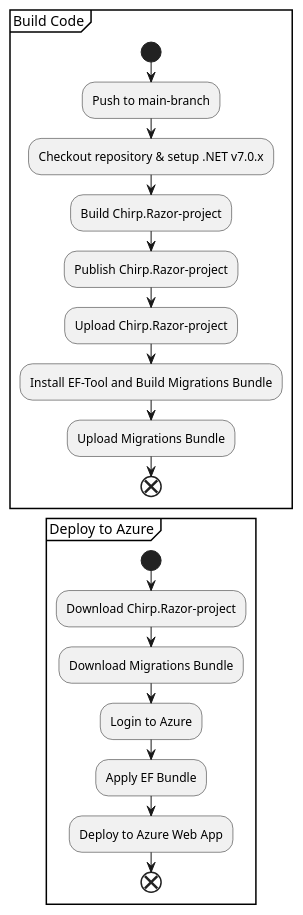
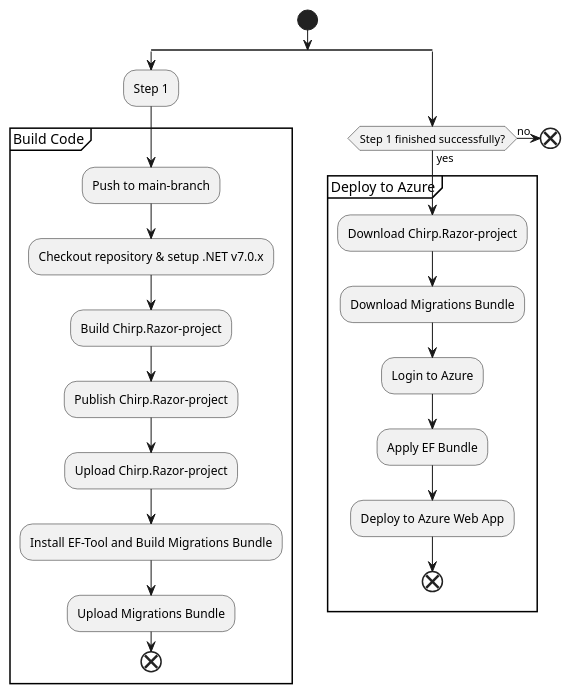
The diagram in docs/figures/autodeploy.puml (ITU-BDSA23-GROUP15/Chirp), drawn with PlantUML before and after one commit. The commit also changed 11 other files, not shown here.

```diff
--- a/docs/figures/autodeploy.puml
+++ b/docs/figures/autodeploy.puml
@@ -1,23 +1,36 @@
 @startuml Autodeploy
+
+start
+split
+:Step 1;
 partition "Build Code" {
-start
+
 :Push to main-branch;
 :Checkout repository & setup .NET v7.0.x;
 :Build Chirp.Razor-project;
 :Publish Chirp.Razor-project;
 :Upload Chirp.Razor-project;
 :Install EF-Tool and Build Migrations Bundle;
 :Upload Migrations Bundle;
 end
 }
 
-partition "Deploy to Azure" {
-start
-:Download Chirp.Razor-project;
-:Download Migrations Bundle;
-:Login to Azure;
-:Apply EF Bundle;
-:Deploy to Azure Web App;
-end
-}
+split again
+if(Step 1 finished successfully?) then (yes)
+	partition "Deploy to Azure" {
+	
+	:Download Chirp.Razor-project;
+	:Download Migrations Bundle;
+	:Login to Azure;
+	:Apply EF Bundle;
+	:Deploy to Azure Web App;
+	end
+	}
+else (no)
+	end
+endif
+split end
+
+
+
 @enduml
```
